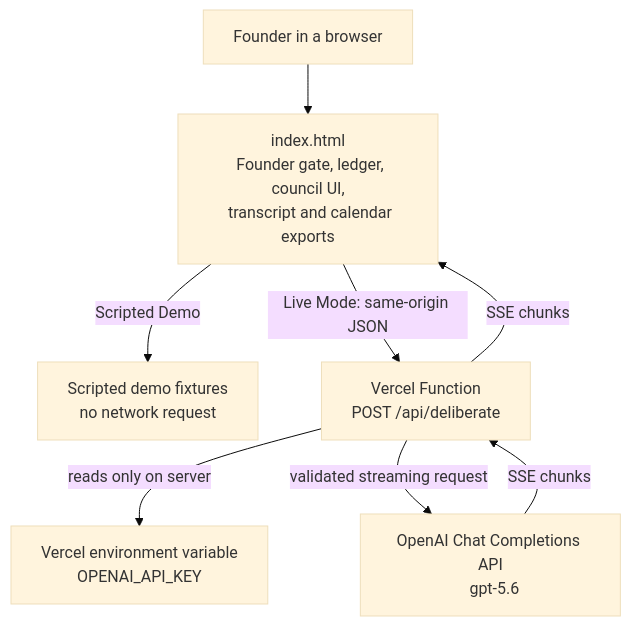
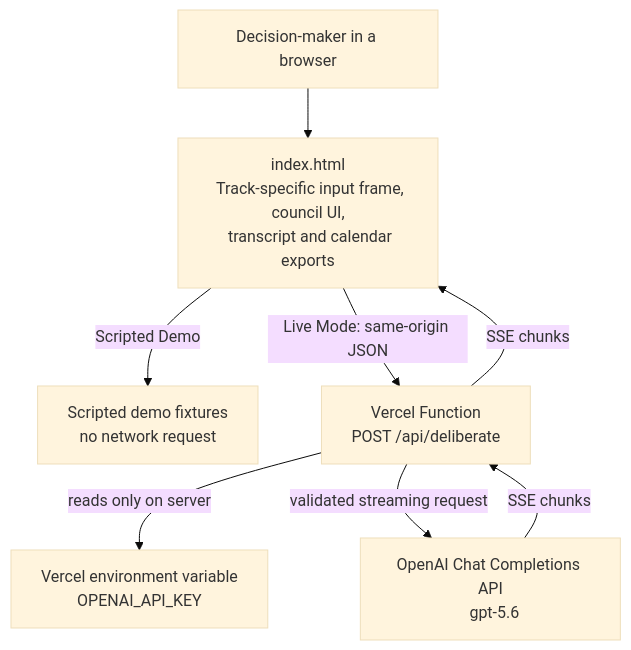
The diagram in docs/architecture.md (mjoisgreat/asembi), drawn with Mermaid (base theme) before and after one commit. The commit also changed other lines of this file and 3 other files, not shown here.

```diff
--- a/docs/architecture.md
+++ b/docs/architecture.md
@@ -7,23 +7,23 @@
 ~~~mermaid
 flowchart TB
-  Founder["Founder in a browser"]
+  Person["Decision-maker in a browser"]
   UI["index.html
-  Founder gate, ledger, council UI,
+  Track-specific input frame, council UI,
   transcript and calendar exports"]
   Demo["Scripted demo fixtures
   no network request"]
   Relay["Vercel Function
   POST /api/deliberate"]
   Secret["Vercel environment variable
   OPENAI_API_KEY"]
   OpenAI["OpenAI Chat Completions API
   gpt-5.6"]
 
-  Founder --> UI
+  Person --> UI
   UI -->|"Scripted Demo"| Demo
   UI -->|"Live Mode: same-origin JSON"| Relay
   Relay -->|"reads only on server"| Secret
   Relay -->|"validated streaming request"| OpenAI
   OpenAI -->|"SSE chunks"| Relay
   Relay -->|"SSE chunks"| UI
 ~~~
```
